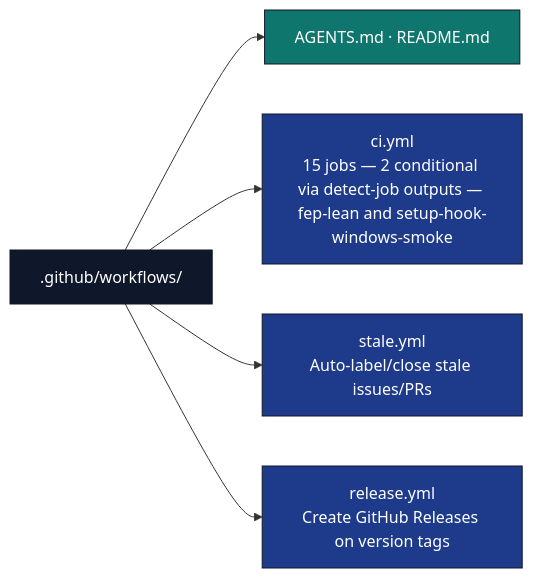
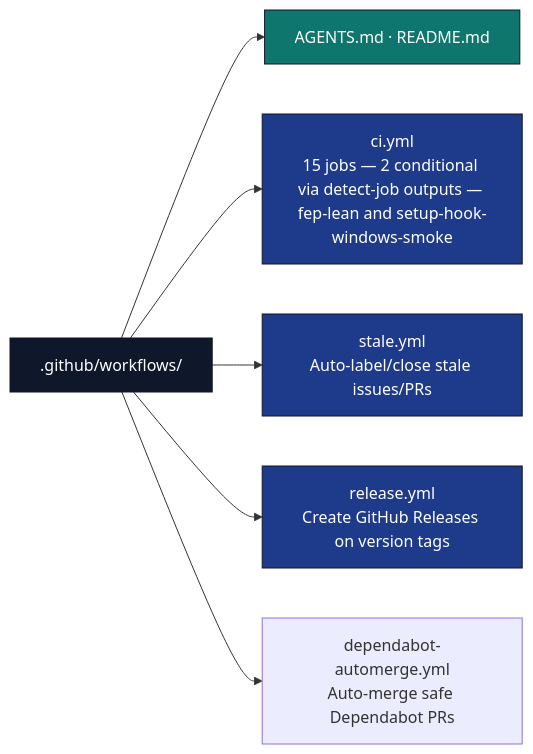
Before and after one commit to docxology/template: the first of 2 diagrams in .github/workflows/AGENTS.md, drawn with Mermaid. The commit also changed other lines of this file and 2 other files, not shown here.

First line of the commit message:
docs(github): add dependabot-automerge.yml to all .github workflow docs

````diff
--- a/.github/workflows/AGENTS.md
+++ b/.github/workflows/AGENTS.md
@@ -9,15 +9,16 @@
 ```mermaid
 flowchart LR
     W[.github/workflows/]
     W --> META[AGENTS.md · README.md]
     W --> CI[ci.yml<br/>15 jobs — 2 conditional via detect-job outputs — fep-lean and setup-hook-windows-smoke]
     W --> STALE[stale.yml<br/>Auto-label/close stale issues/PRs]
     W --> REL[release.yml<br/>Create GitHub Releases on version tags]
+    W --> DA[dependabot-automerge.yml<br/>Auto-merge safe Dependabot PRs]
 
     classDef d fill:#0f172a,stroke:#0f172a,color:#fff
     classDef code fill:#1e3a8a,stroke:#0f172a,color:#fff
     classDef doc fill:#0f766e,stroke:#0f172a,color:#fff
     class W d
     class CI,STALE,REL code
     class META doc
 ```
````
